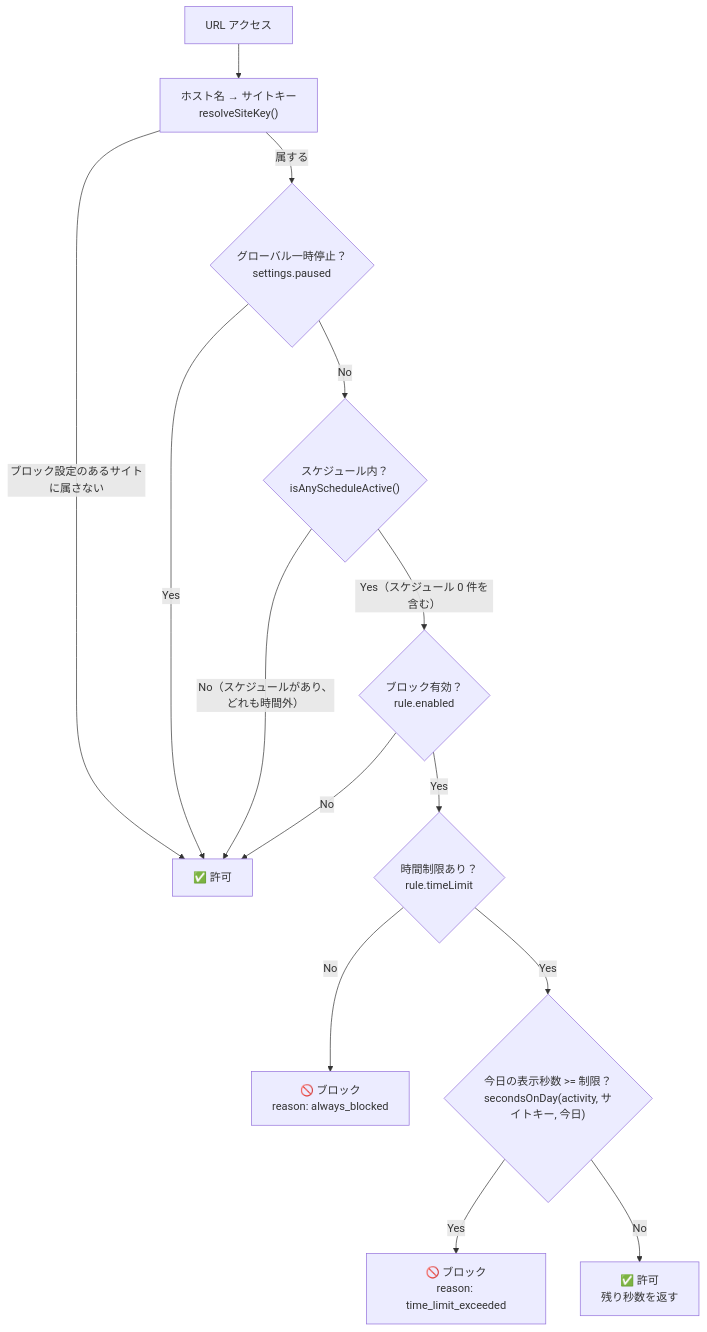
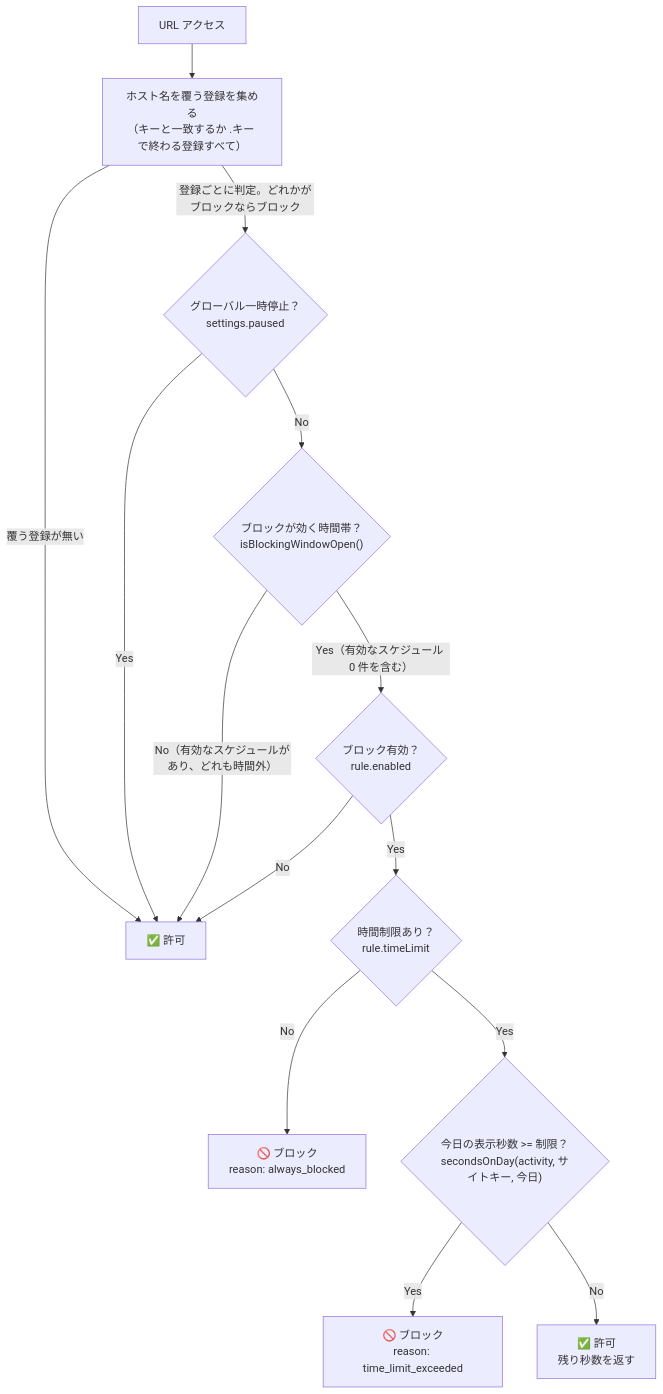
One commit to machina-gg/vision-focus changed the first of 4 diagrams in docs/BLOCK_STATE_MACHINE.md. Above: the diagram before and after it, drawn with Mermaid. The commit also changed other lines of this file and 5 other files, not shown here.

````diff
--- a/docs/BLOCK_STATE_MACHINE.md
+++ b/docs/BLOCK_STATE_MACHINE.md
@@ -11,22 +11,22 @@
 ```mermaid
 flowchart TD
-    Start["URL アクセス"] --> Host["ホスト名 → サイトキー<br/>resolveSiteKey()"]
+    Start["URL アクセス"] --> Host["ホスト名を覆う登録を集める<br/>（キーと一致するか .キー で終わる登録すべて）"]
 
-    Host -->|ブロック設定のあるサイトに属さない| Unblocked["✅ 許可"]
-    Host -->|属する| A{"グローバル一時停止？<br/>settings.paused"}
+    Host -->|覆う登録が無い| Unblocked["✅ 許可"]
+    Host -->|登録ごとに判定。どれかがブロックならブロック| A{"グローバル一時停止？<br/>settings.paused"}
 
     A -->|Yes| Unblocked
-    A -->|No| D{"スケジュール内？<br/>isAnyScheduleActive()"}
+    A -->|No| D{"ブロックが効く時間帯？<br/>isBlockingWindowOpen()"}
 
-    D -->|No（スケジュールがあり、どれも時間外）| Unblocked
-    D -->|Yes（スケジュール 0 件を含む）| C{"ブロック有効？<br/>rule.enabled"}
+    D -->|No（有効なスケジュールがあり、どれも時間外）| Unblocked
+    D -->|Yes（有効なスケジュール 0 件を含む）| C{"ブロック有効？<br/>rule.enabled"}
 
     C -->|No| Unblocked
     C -->|Yes| E{"時間制限あり？<br/>rule.timeLimit"}
 
     E -->|No| Blocked["🚫 ブロック<br/>reason: always_blocked"]
     E -->|Yes| K{"今日の表示秒数 >= 制限？<br/>secondsOnDay(activity, サイトキー, 今日)"}
 
     K -->|Yes| TimeLimitExceeded["🚫 ブロック<br/>reason: time_limit_exceeded"]
     K -->|No| Within["✅ 許可<br/>残り秒数を返す"]
 ```
````
